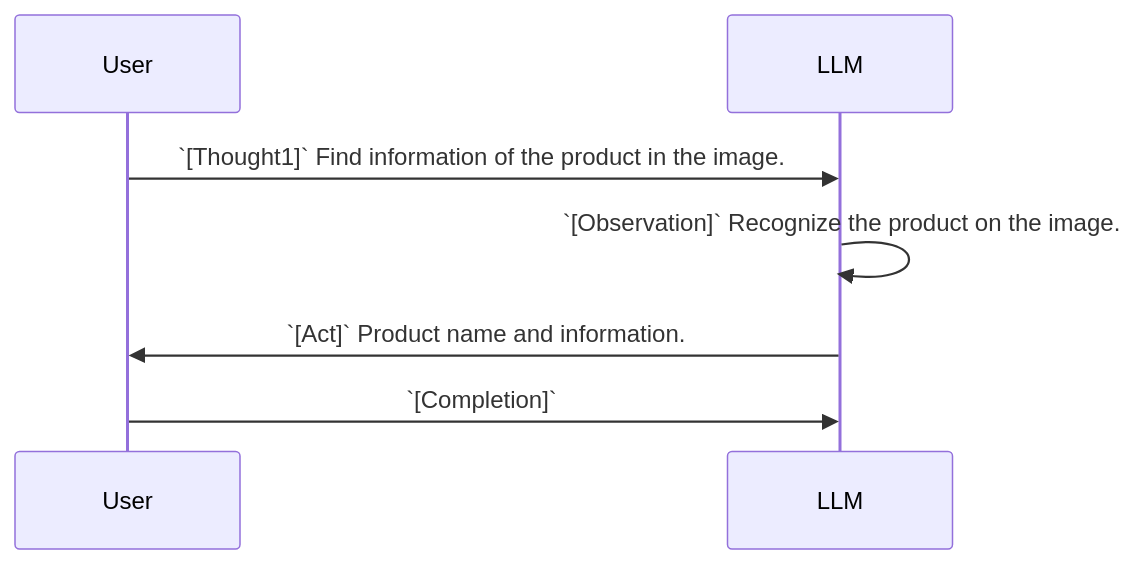
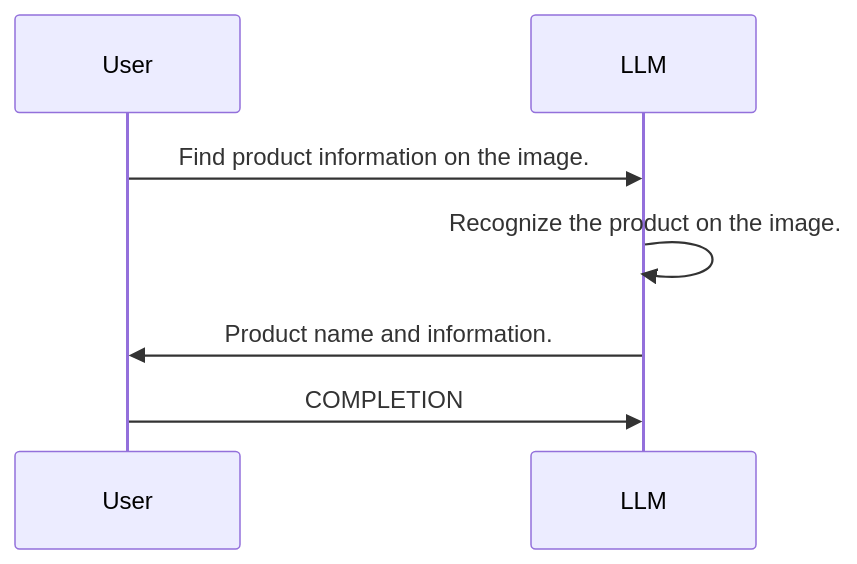
One commit to yueguoguo/yueguoguo.github.io changed the first of 4 diagrams in _posts/2024-11-31-service-as-a-software.md. Above: the diagram before and after it, drawn with Mermaid. The commit also changed other lines of this file, not shown here.

Commit message:
update diagrams

````diff
--- a/_posts/2024-11-31-service-as-a-software.md
+++ b/_posts/2024-11-31-service-as-a-software.md
@@ -116,7 +121,7 @@
-```mermaid
+<div class="mermaid">
 sequenceDiagram
-    User->>LLM: `[Thought1]` Find information of the product in the image.
-    LLM->>LLM: `[Observation]` Recognize the product on the image. 
-    LLM->>User: `[Act]` Product name and information.
-    User->>LLM: `[Completion]`
-```
+    User->>LLM: Find product information on the image.
+    LLM->>LLM: Recognize the product on the image. 
+    LLM->>User: Product name and information.
+    User->>LLM: COMPLETION
+</div>
````
